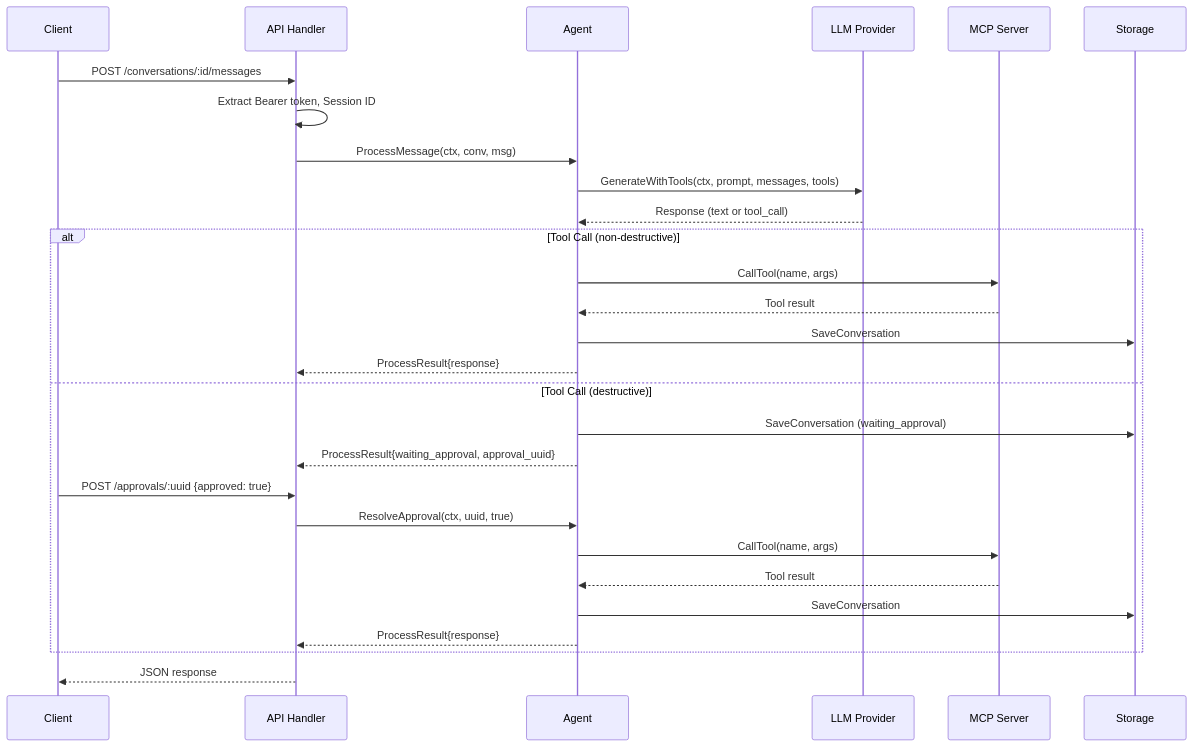
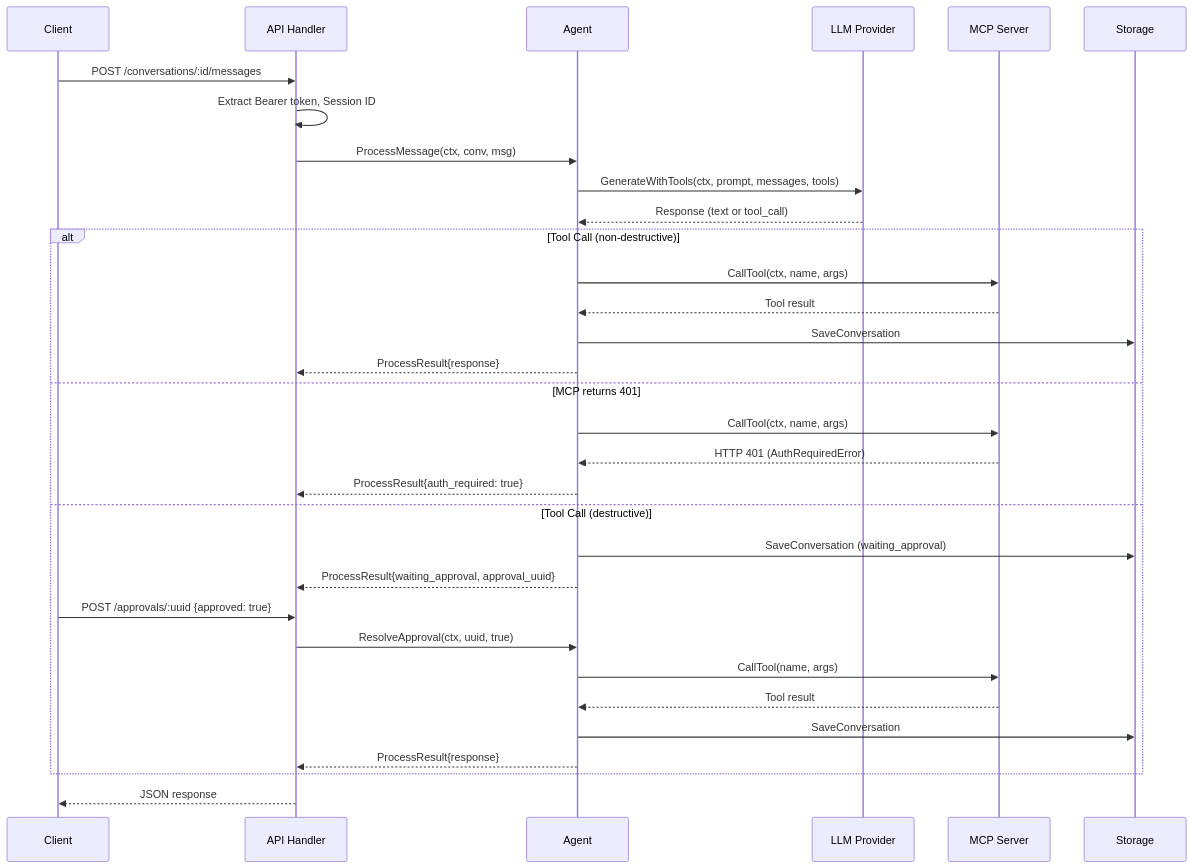
One commit to smorand/agent-stop-and-go changed the second of 12 diagrams in docs/architecture.md. Above: the diagram before and after it, drawn with Mermaid. The commit also changed other lines of this file and 22 other files, not shown here.

````diff
--- a/docs/architecture.md
+++ b/docs/architecture.md
@@ -82,33 +82,37 @@
 ```mermaid
 sequenceDiagram
     participant C as Client
     participant API as API Handler
     participant AG as Agent
     participant LLM as LLM Provider
     participant MCP as MCP Server
     participant Store as Storage
 
     C->>API: POST /conversations/:id/messages
     API->>API: Extract Bearer token, Session ID
     API->>AG: ProcessMessage(ctx, conv, msg)
     AG->>LLM: GenerateWithTools(ctx, prompt, messages, tools)
     LLM-->>AG: Response (text or tool_call)
 
     alt Tool Call (non-destructive)
-        AG->>MCP: CallTool(name, args)
+        AG->>MCP: CallTool(ctx, name, args)
         MCP-->>AG: Tool result
         AG->>Store: SaveConversation
         AG-->>API: ProcessResult{response}
+    else MCP returns 401
+        AG->>MCP: CallTool(ctx, name, args)
+        MCP-->>AG: HTTP 401 (AuthRequiredError)
+        AG-->>API: ProcessResult{auth_required: true}
     else Tool Call (destructive)
         AG->>Store: SaveConversation (waiting_approval)
         AG-->>API: ProcessResult{waiting_approval, approval_uuid}
         C->>API: POST /approvals/:uuid {approved: true}
         API->>AG: ResolveApproval(ctx, uuid, true)
         AG->>MCP: CallTool(name, args)
         MCP-->>AG: Tool result
         AG->>Store: SaveConversation
         AG-->>API: ProcessResult{response}
     end
 
     API-->>C: JSON response
 ```
````
